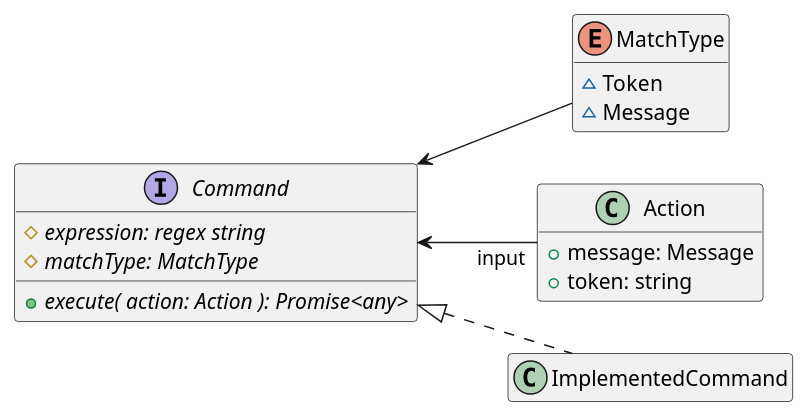
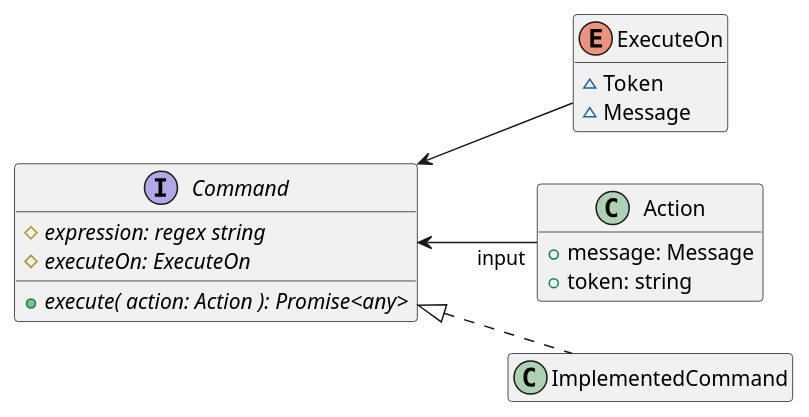
Before and after one commit to jarrodpan/dogelon-discord: the diagram in design/Command.puml, drawn with PlantUML. The commit also changed 1 other file, not shown here.

Commit message:
define Command

```diff
--- a/design/Command.puml
+++ b/design/Command.puml
@@ -1,28 +1,28 @@
 @startuml Command module structure
 
 left to right direction
 hide empty members
 
 interface Command {
 	{abstract} #expression: regex string
-	{abstract} #matchType: MatchType
+	{abstract} #executeOn: ExecuteOn
 {abstract} +execute( action: Action ): Promise<any>
 }
 
-enum MatchType {
+enum ExecuteOn {
 	~Token
 	~Message
 }
 
 class Action {
 	+message: Message
 	+token: string
 }
 
 class ImplementedCommand implements Command
 
 
 Command <-- "input" Action
-Command <--  MatchType
+Command <--  ExecuteOn
 
 @enduml
```
